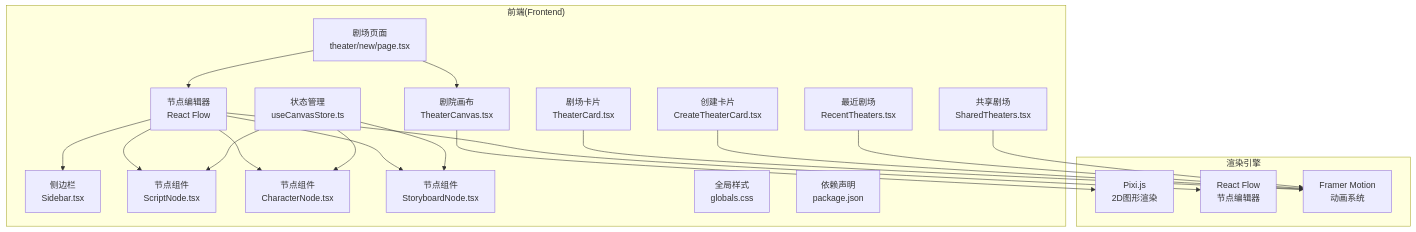
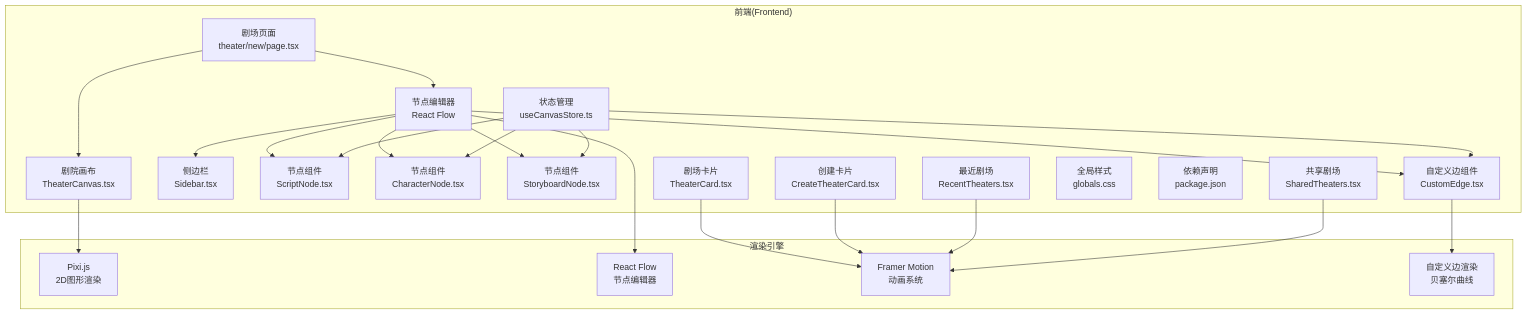
One commit to KunLabAI/KunFlix changed the first of 5 diagrams in .qoder/repowiki/zh/content/前端开发指南/游戏画布渲染系统.md. Above: the diagram before and after it, drawn with Mermaid. The commit also changed other lines of this file and 24 other files, not shown here.

````diff
--- a/.qoder/repowiki/zh/content/前端开发指南/游戏画布渲染系统.md
+++ b/.qoder/repowiki/zh/content/前端开发指南/游戏画布渲染系统.md
@@ -53,39 +54,44 @@
 ```mermaid
 graph TB
 subgraph "前端(Frontend)"
 A["剧场页面<br/>theater/new/page.tsx"]
 B["剧院画布<br/>TheaterCanvas.tsx"]
 C["节点编辑器<br/>React Flow"]
 D["侧边栏<br/>Sidebar.tsx"]
 E["节点组件<br/>ScriptNode.tsx"]
 F["节点组件<br/>CharacterNode.tsx"]
 G["节点组件<br/>StoryboardNode.tsx"]
 H["状态管理<br/>useCanvasStore.ts"]
 I["剧场卡片<br/>TheaterCard.tsx"]
 J["创建卡片<br/>CreateTheaterCard.tsx"]
 K["最近剧场<br/>RecentTheaters.tsx"]
 L["共享剧场<br/>SharedTheaters.tsx"]
 M["全局样式<br/>globals.css"]
 N["依赖声明<br/>package.json"]
+O["自定义边组件<br/>CustomEdge.tsx"]
 end
 subgraph "渲染引擎"
-O["Pixi.js<br/>2D图形渲染"]
-P["React Flow<br/>节点编辑器"]
-Q["Framer Motion<br/>动画系统"]
+P["Pixi.js<br/>2D图形渲染"]
+Q["React Flow<br/>节点编辑器"]
+R["Framer Motion<br/>动画系统"]
+S["自定义边渲染<br/>贝塞尔曲线"]
 end
 A --> B
 A --> C
 C --> D
 C --> E
 C --> F
 C --> G
+C --> O
 H --> E
 H --> F
 H --> G
-I --> Q
-J --> Q
-K --> Q
-L --> Q
-B --> O
-C --> P
+H --> O
+I --> R
+J --> R
+K --> R
+L --> R
+B --> P
+C --> Q
+O --> S
 ```
````
